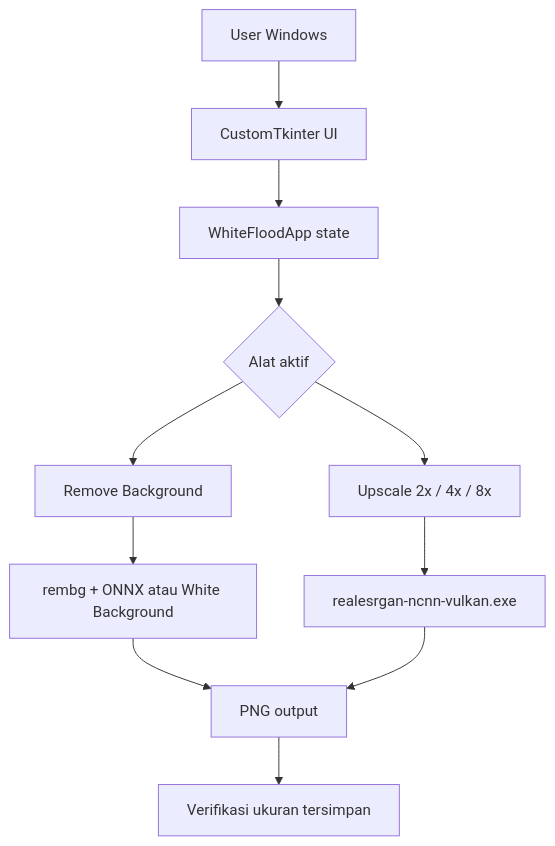
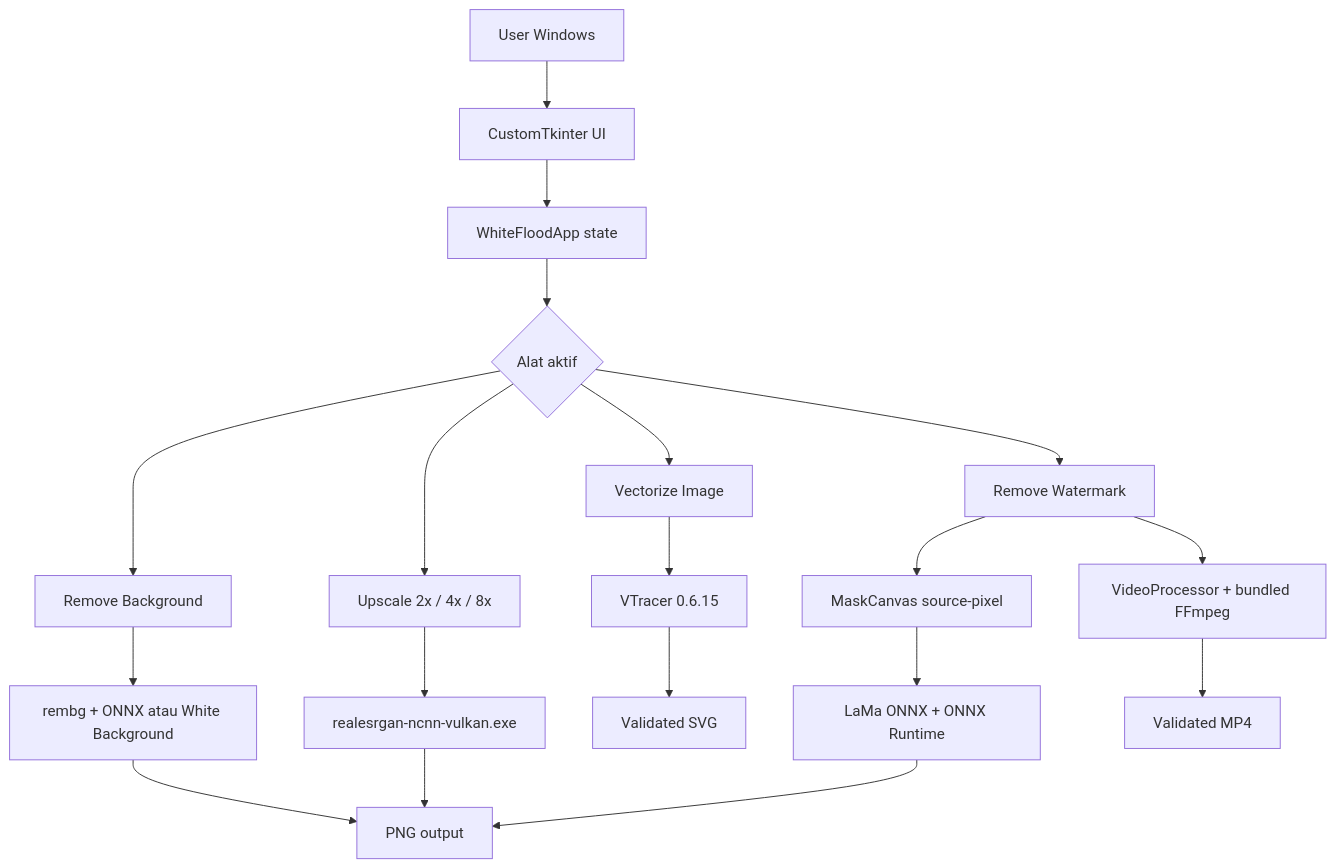
Before and after one commit to Luciansvon/app-rmv-bg-Lucian: the diagram in docs/ARCHITECTURE.md, drawn with Mermaid. The commit also changed other lines of this file and 24 other files, not shown here.

Commit message:
feat: add vectorize and static watermark workflows

````diff
--- a/docs/ARCHITECTURE.md
+++ b/docs/ARCHITECTURE.md
@@ -31,13 +42,21 @@
 ```mermaid
 flowchart TD
     U["User Windows"] --> UI["CustomTkinter UI"]
     UI --> S["WhiteFloodApp state"]
     S --> W{"Alat aktif"}
     W --> BG["Remove Background"]
     W --> UP["Upscale 2x / 4x / 8x"]
+    W --> VX["Vectorize Image"]
+    W --> WM["Remove Watermark"]
     BG --> AI["rembg + ONNX atau White Background"]
     UP --> NCNN["realesrgan-ncnn-vulkan.exe"]
+    VX --> VT["VTracer 0.6.15"]
+    WM --> MC["MaskCanvas source-pixel"]
+    MC --> LAMA["LaMa ONNX + ONNX Runtime"]
+    WM --> VP["VideoProcessor + bundled FFmpeg"]
     AI --> OUT["PNG output"]
     NCNN --> OUT
-    OUT --> V["Verifikasi ukuran tersimpan"]
+    VT --> SVG["Validated SVG"]
+    LAMA --> OUT
+    VP --> VIDEO["Validated MP4"]
 ```
````
